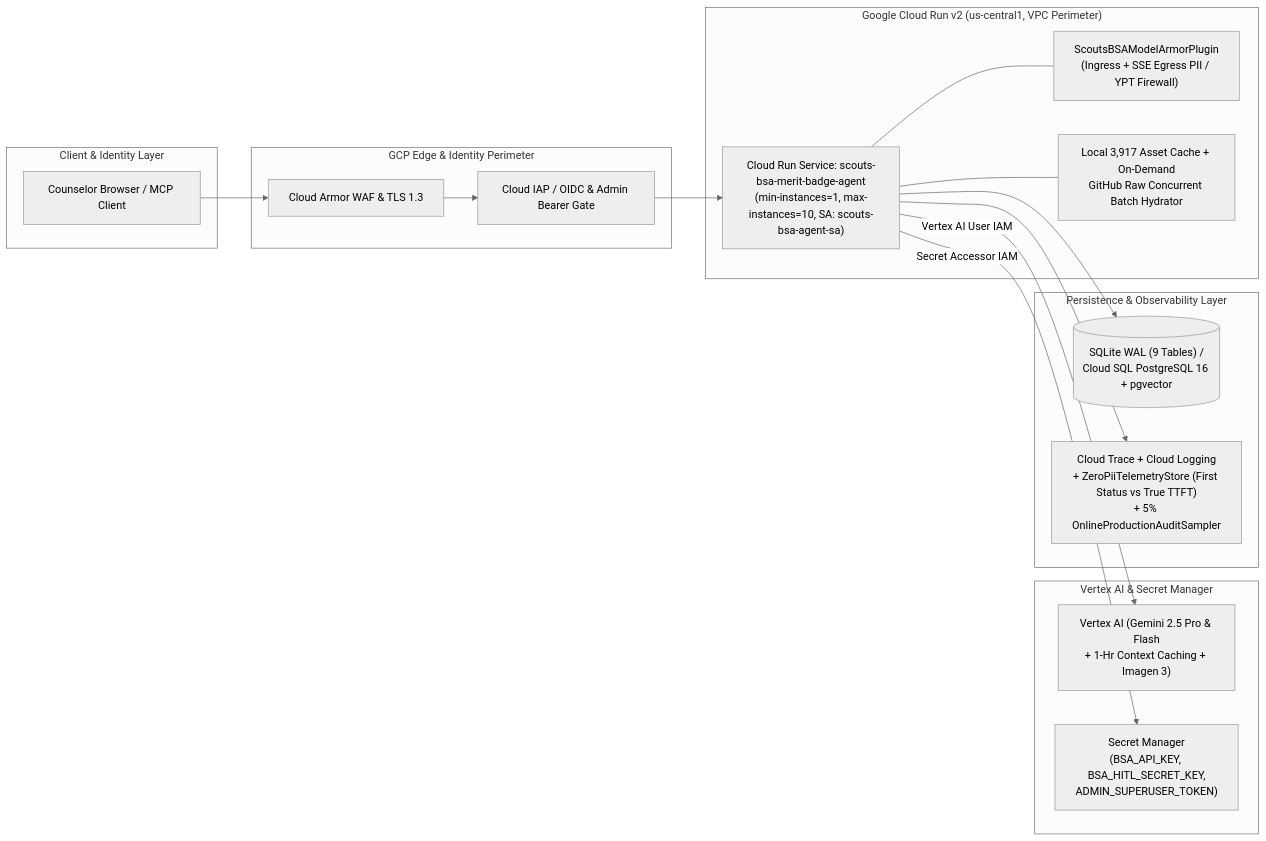
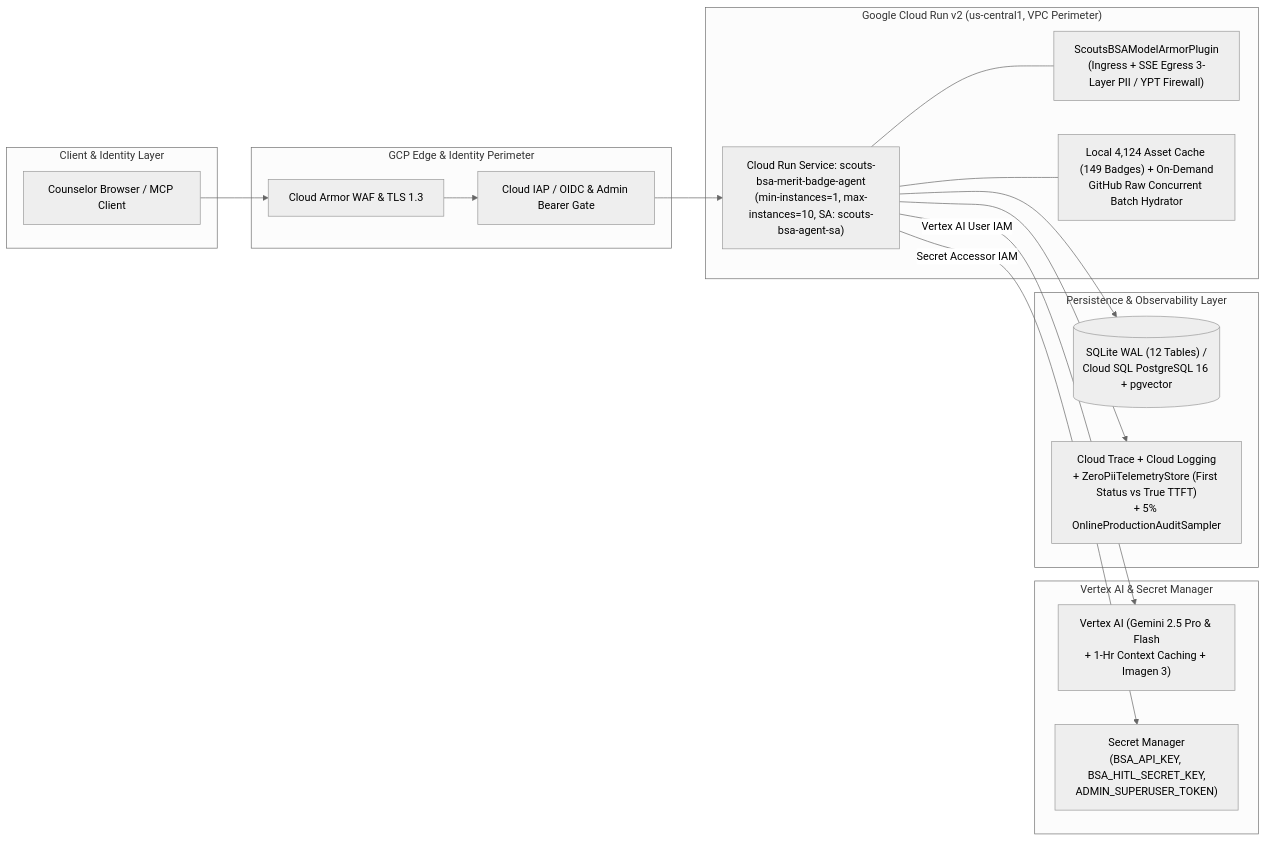
Before and after one commit to clayberg/scouts-bsa-merit-badge-agent: the second of 2 diagrams in docs/ARCHITECTURE.md, drawn with Mermaid (neutral theme). The commit also changed other lines of this file and 193 other files, not shown here.

````diff
--- a/docs/ARCHITECTURE.md
+++ b/docs/ARCHITECTURE.md
@@ -45,35 +45,35 @@
 ```mermaid
 flowchart LR
     subgraph External["Client & Identity Layer"]
         Browser["Counselor Browser / MCP Client"]
     end
 
     subgraph Edge["GCP Edge & Identity Perimeter"]
         ArmorWAF["Cloud Armor WAF & TLS 1.3"]
         IAP["Cloud IAP / OIDC & Admin Bearer Gate"]
         Browser --> ArmorWAF --> IAP
     end
 
     subgraph Compute["Google Cloud Run v2 (us-central1, VPC Perimeter)"]
         CloudRun["Cloud Run Service: scouts-bsa-merit-badge-agent\n(min-instances=1, max-instances=10, SA: scouts-bsa-agent-sa)"]
-        ModelArmor["ScoutsBSAModelArmorPlugin\n(Ingress + SSE Egress PII / YPT Firewall)"]
-        Hydrator["Local 3,917 Asset Cache + On-Demand\nGitHub Raw Concurrent Batch Hydrator"]
+        ModelArmor["ScoutsBSAModelArmorPlugin\n(Ingress + SSE Egress 3-Layer PII / YPT Firewall)"]
+        Hydrator["Local 4,124 Asset Cache (149 Badges) + On-Demand\nGitHub Raw Concurrent Batch Hydrator"]
         IAP --> CloudRun
         CloudRun --- ModelArmor
         CloudRun --- Hydrator
     end
 
     subgraph AI_And_Secrets["Vertex AI & Secret Manager"]
         VertexAI["Vertex AI (Gemini 2.5 Pro & Flash\n+ 1-Hr Context Caching + Imagen 3)"]
         SecretMgr["Secret Manager\n(BSA_API_KEY, BSA_HITL_SECRET_KEY,\nADMIN_SUPERUSER_TOKEN)"]
         CloudRun -->|"Vertex AI User IAM"| VertexAI
         CloudRun -->|"Secret Accessor IAM"| SecretMgr
     end
 
     subgraph Persistence_And_Ops["Persistence & Observability Layer"]
-        StateDB[("SQLite WAL (9 Tables) /\nCloud SQL PostgreSQL 16 + pgvector")]
+        StateDB[("SQLite WAL (12 Tables) /\nCloud SQL PostgreSQL 16 + pgvector")]
         Telemetry["Cloud Trace + Cloud Logging\n+ ZeroPiiTelemetryStore (First Status vs True TTFT)\n+ 5% OnlineProductionAuditSampler"]
         CloudRun --> StateDB
         CloudRun --> Telemetry
     end
 ```
````
